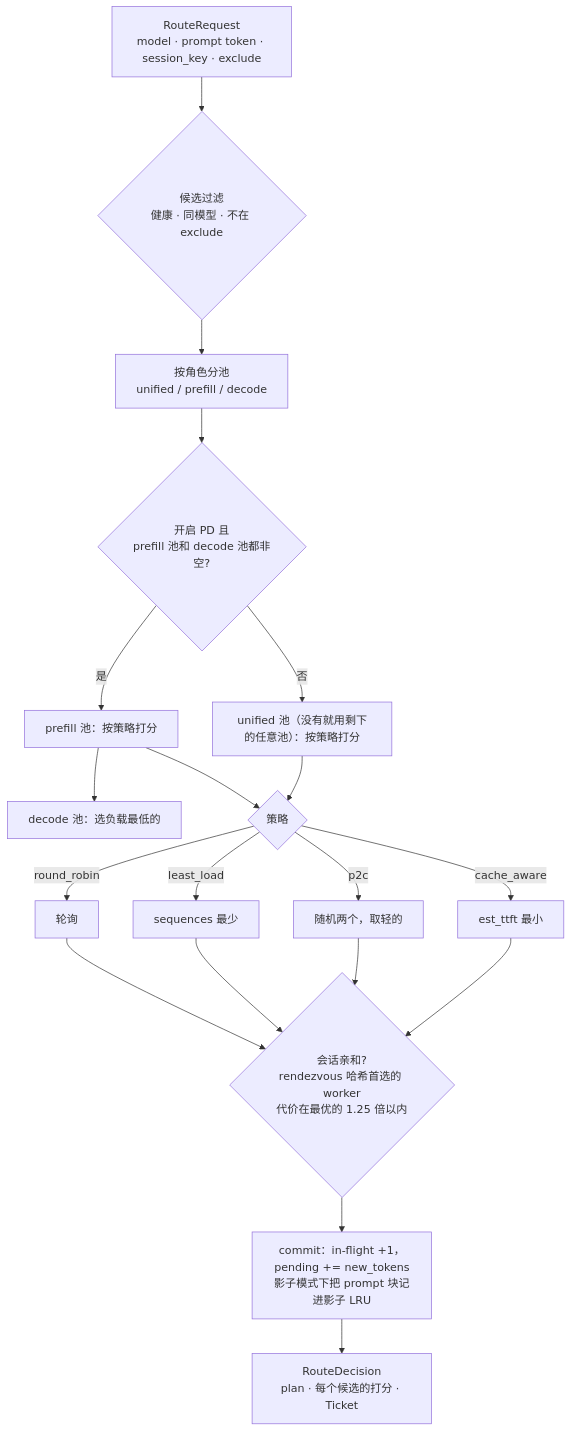
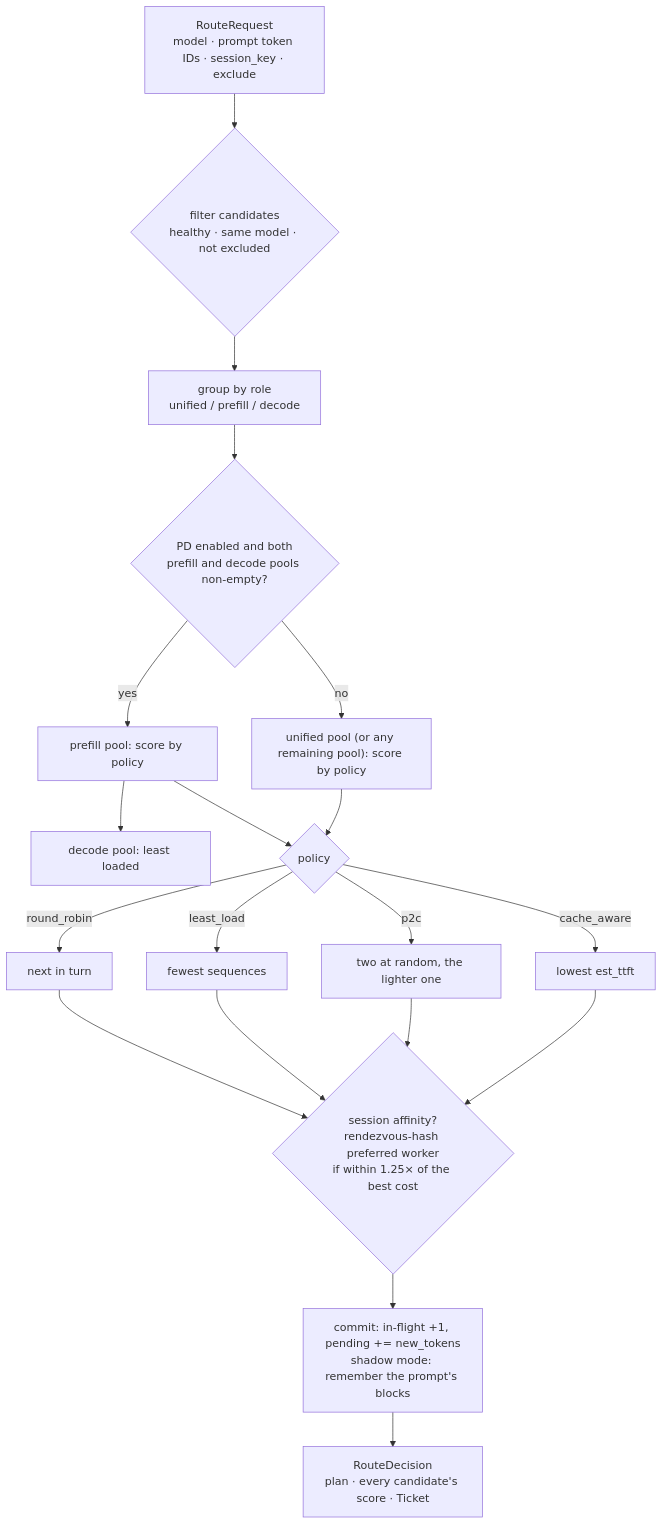
The first of 2 diagrams in docs/illustrated/04-cache-aware-routing.md (FufanLu/Inference-Framework-Agent-Based-on-DeepInfer), drawn with Mermaid before and after one commit. The commit also changed other lines of this file and 11 other files, not shown here.

````diff
--- a/docs/illustrated/04-cache-aware-routing.md
+++ b/docs/illustrated/04-cache-aware-routing.md
@@ -71,17 +75,17 @@
 ```mermaid
 flowchart TB
-    A["RouteRequest<br/>model · prompt token · session_key · exclude"] --> B{"候选过滤<br/>健康 · 同模型 · 不在 exclude"}
-    B --> C["按角色分池<br/>unified / prefill / decode"]
-    C --> D{"开启 PD 且<br/>prefill 池和 decode 池都非空?"}
-    D -- 是 --> E["prefill 池：按策略打分"]
-    D -- 否 --> F["unified 池（没有就用剩下的任意池）：按策略打分"]
-    E --> G["decode 池：选负载最低的"]
-    E & F --> H{"策略"}
-    H -- round_robin --> I1["轮询"]
-    H -- least_load --> I2["sequences 最少"]
-    H -- p2c --> I3["随机两个，取轻的"]
-    H -- cache_aware --> I4["est_ttft 最小"]
-    I1 & I2 & I3 & I4 --> J{"会话亲和?<br/>rendezvous 哈希首选的 worker<br/>代价在最优的 1.25 倍以内"}
-    J --> K["commit：in-flight +1，pending += new_tokens<br/>影子模式下把 prompt 块记进影子 LRU"]
-    K --> L["RouteDecision<br/>plan · 每个候选的打分 · Ticket"]
+    A["RouteRequest<br/>model · prompt token IDs · session_key · exclude"] --> B{"filter candidates<br/>healthy · same model · not excluded"}
+    B --> C["group by role<br/>unified / prefill / decode"]
+    C --> D{"PD enabled and both<br/>prefill and decode pools non-empty?"}
+    D -- yes --> E["prefill pool: score by policy"]
+    D -- no --> F["unified pool (or any remaining pool): score by policy"]
+    E --> G["decode pool: least loaded"]
+    E & F --> H{"policy"}
+    H -- round_robin --> I1["next in turn"]
+    H -- least_load --> I2["fewest sequences"]
+    H -- p2c --> I3["two at random, the lighter one"]
+    H -- cache_aware --> I4["lowest est_ttft"]
+    I1 & I2 & I3 & I4 --> J{"session affinity?<br/>rendezvous-hash preferred worker<br/>if within 1.25× of the best cost"}
+    J --> K["commit: in-flight +1, pending += new_tokens<br/>shadow mode: remember the prompt's blocks"]
+    K --> L["RouteDecision<br/>plan · every candidate's score · Ticket"]
 ```
````
